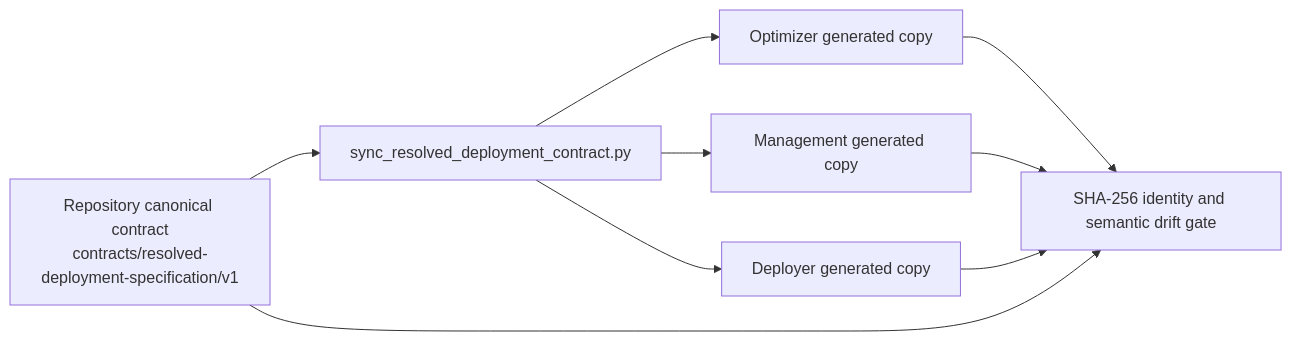
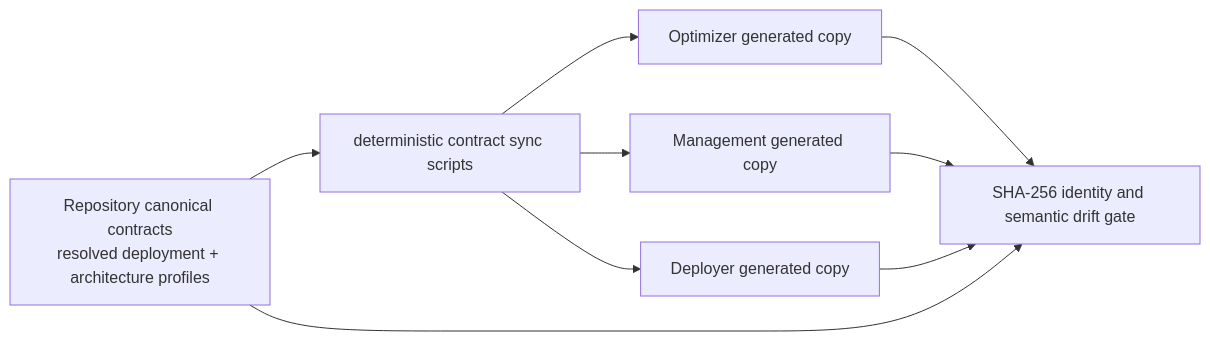
The second of 2 diagrams in docs-site/docs/contracts-and-data-flow/contract-map.md (TVJunkie724/master-thesis), drawn with Mermaid before and after one commit. The commit also changed other lines of this file and 108 other files, not shown here.

First line of the commit message:
[AI-0719-p8pc] feat(architecture): define versioned profile contracts

````diff
--- a/docs-site/docs/contracts-and-data-flow/contract-map.md
+++ b/docs-site/docs/contracts-and-data-flow/contract-map.md
@@ -49,18 +50,18 @@
 ```mermaid
 flowchart LR
-    Canonical["Repository canonical contract<br/>contracts/resolved-deployment-specification/v1"]
-    Sync["sync_resolved_deployment_contract.py"]
+    Canonical["Repository canonical contracts<br/>resolved deployment + architecture profiles"]
+    Sync["deterministic contract sync scripts"]
     OptimizerCopy["Optimizer generated copy"]
     ManagementCopy["Management generated copy"]
     DeployerCopy["Deployer generated copy"]
     DriftGate["SHA-256 identity and semantic drift gate"]
 
     Canonical --> Sync
     Sync --> OptimizerCopy
     Sync --> ManagementCopy
     Sync --> DeployerCopy
     OptimizerCopy --> DriftGate
     ManagementCopy --> DriftGate
     DeployerCopy --> DriftGate
     Canonical --> DriftGate
 ```
````
